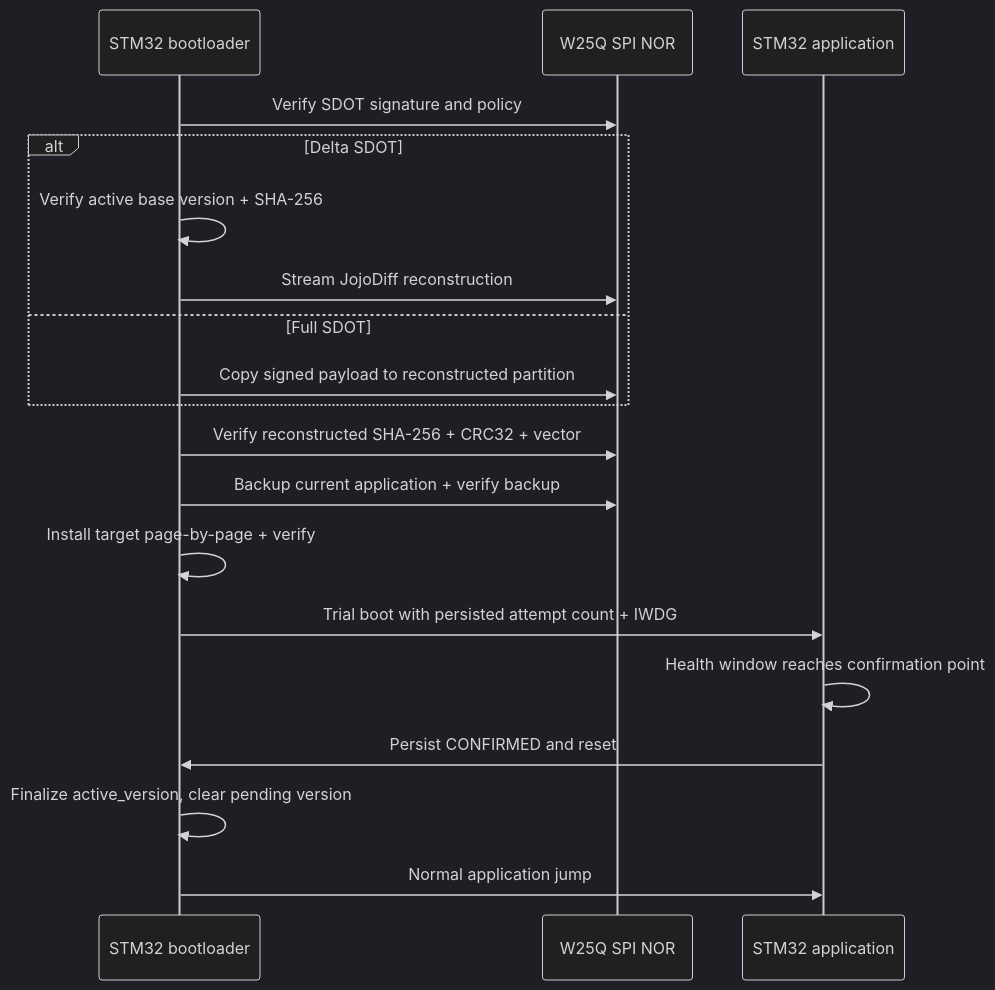
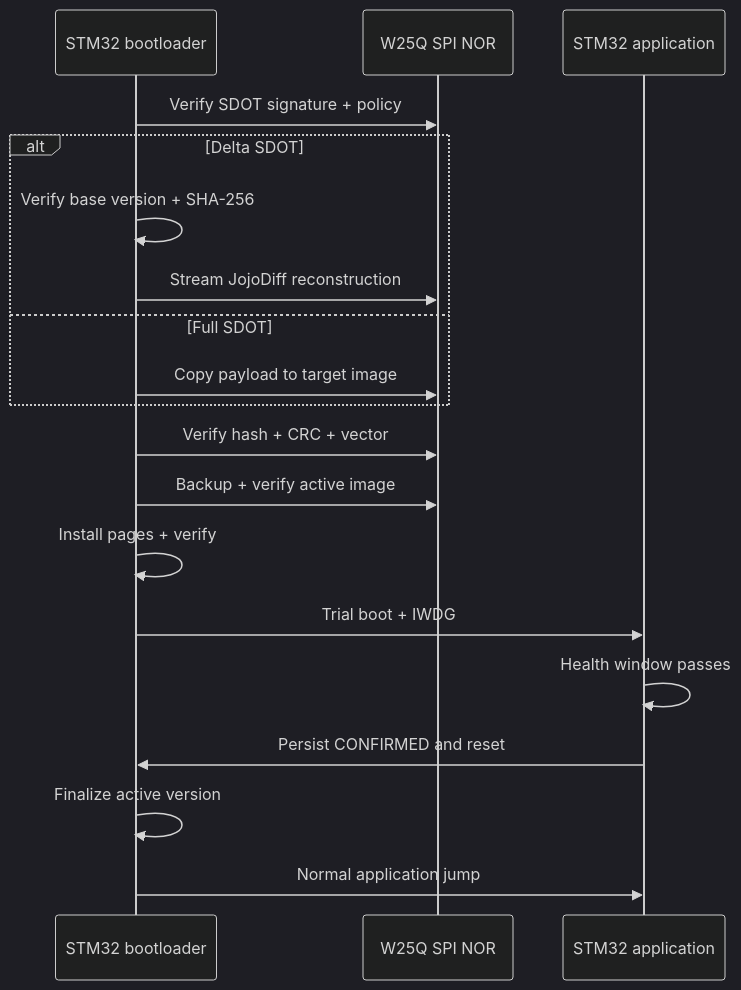
One commit to haikevins/secure-delta-ota-bootloader changed the fifth of 8 diagrams in README.md. Above: the diagram before and after it, drawn with Mermaid (dark theme). The commit also changed other lines of this file and 11 other files, not shown here.

````diff
--- a/README.md
+++ b/README.md
@@ -162,22 +162,22 @@
 ```mermaid
 sequenceDiagram
     participant B as STM32 bootloader
     participant F as W25Q SPI NOR
     participant A as STM32 application
 
-    B->>F: Verify SDOT signature and policy
+    B->>F: Verify SDOT signature + policy
     alt Delta SDOT
-        B->>B: Verify active base version + SHA-256
+        B->>B: Verify base version + SHA-256
         B->>F: Stream JojoDiff reconstruction
     else Full SDOT
-        B->>F: Copy signed payload to reconstructed partition
+        B->>F: Copy payload to target image
     end
-    B->>F: Verify reconstructed SHA-256 + CRC32 + vector
-    B->>F: Backup current application + verify backup
-    B->>B: Install target page-by-page + verify
-    B->>A: Trial boot with persisted attempt count + IWDG
-    A->>A: Health window reaches confirmation point
+    B->>F: Verify hash + CRC + vector
+    B->>F: Backup + verify active image
+    B->>B: Install pages + verify
+    B->>A: Trial boot + IWDG
+    A->>A: Health window passes
     A->>B: Persist CONFIRMED and reset
-    B->>B: Finalize active_version, clear pending version
+    B->>B: Finalize active version
     B->>A: Normal application jump
 ```
````
